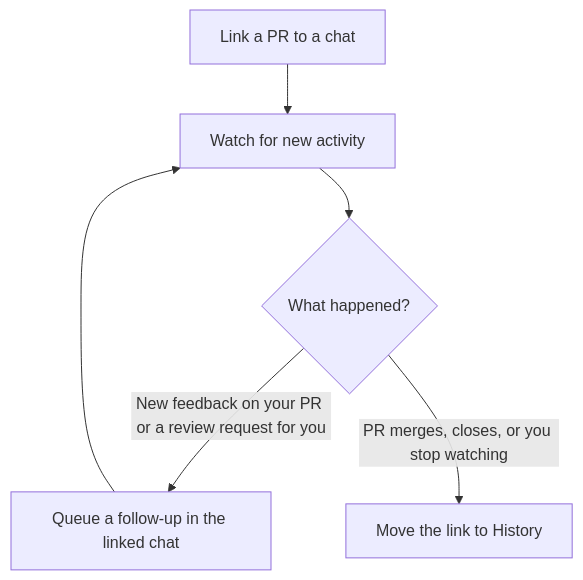
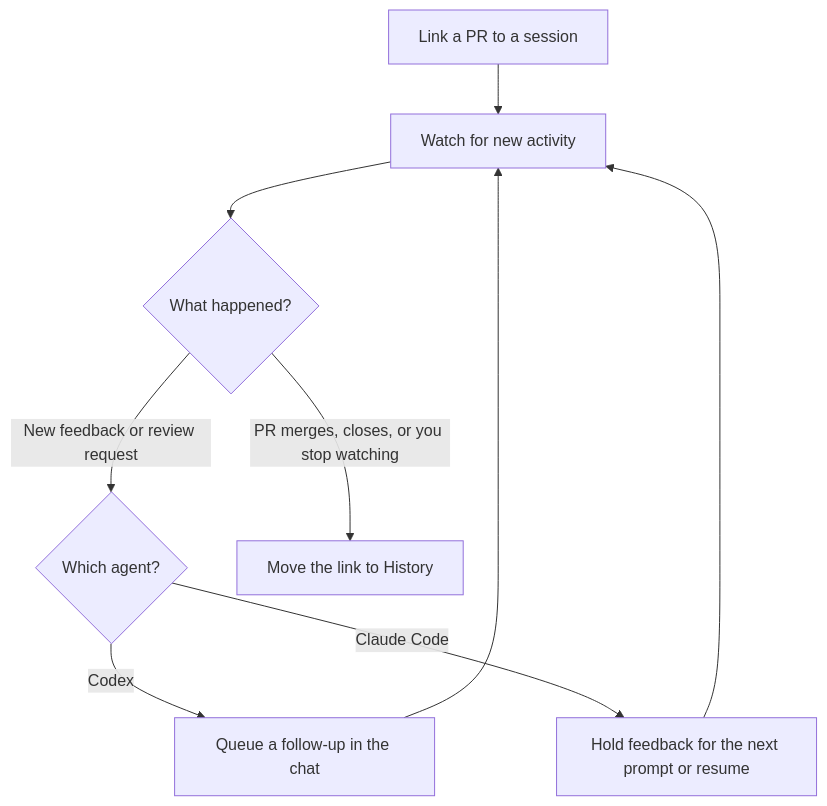
One commit to Robdel12/review-relay changed the diagram in README.md. Above: the diagram before and after it, drawn with Mermaid. The commit also changed other lines of this file and 13 other files, not shown here.

Commit message:
Add session setup and review delivery

````diff
--- a/README.md
+++ b/README.md
@@ -24,8 +24,11 @@
 ```mermaid
 flowchart TD
-    Link["Link a PR to a chat"] --> Watch["Watch for new activity"]
+    Link["Link a PR to a session"] --> Watch["Watch for new activity"]
     Watch --> Event{"What happened?"}
-    Event -->|"New feedback on your PR or a review request for you"| Deliver["Queue a follow-up in the linked chat"]
-    Deliver --> Watch
+    Event -->|"New feedback or review request"| Agent{"Which agent?"}
+    Agent -->|"Codex"| Codex["Queue a follow-up in the chat"]
+    Agent -->|"Claude Code"| Claude["Hold feedback for the next prompt or resume"]
+    Codex --> Watch
+    Claude --> Watch
     Event -->|"PR merges, closes, or you stop watching"| History["Move the link to History"]
 ```
````
